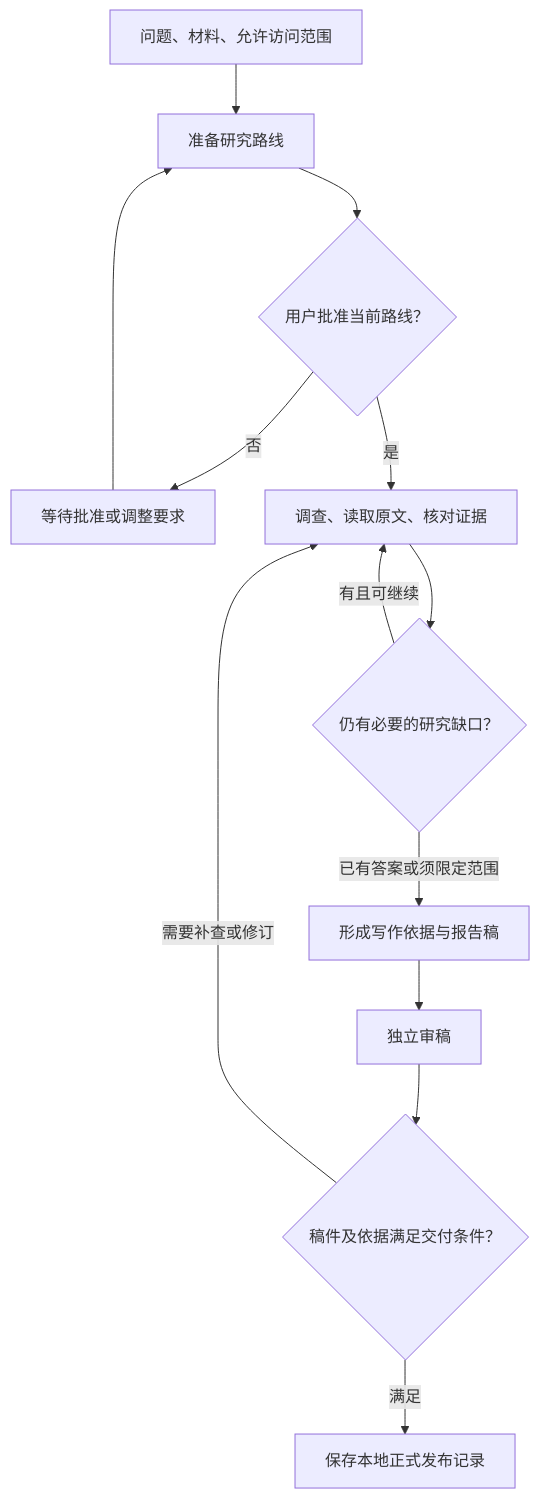
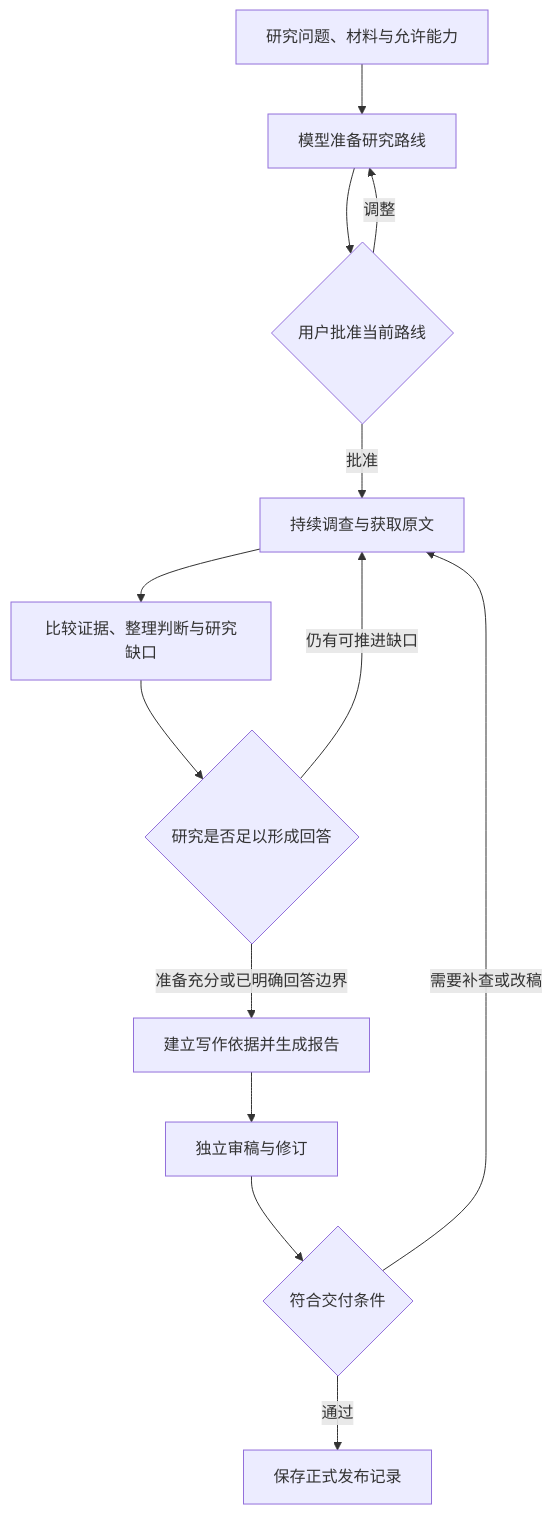
The first of 5 diagrams in docs/technical-handbook/01-overview.md (studyzhige-ui/Epivra), drawn with Mermaid before and after one commit. The commit also changed other lines of this file, not shown here.

Commit message:
docs: revise chapter 01 for architecture reasoning, interview depth and clean chapter boundaries

````diff
--- a/docs/technical-handbook/01-overview.md
+++ b/docs/technical-handbook/01-overview.md
@@ -17,15 +17,15 @@
 ```mermaid
 flowchart TD
-    A["问题、材料、允许访问范围"] --> B["准备研究路线"]
-    B --> C{"用户批准当前路线？"}
-    C -->|否| D["等待批准或调整要求"]
-    D --> B
-    C -->|是| E["调查、读取原文、核对证据"]
-    E --> F{"仍有必要的研究缺口？"}
-    F -->|有且可继续| E
-    F -->|已有答案或须限定范围| G["形成写作依据与报告稿"]
-    G --> H["独立审稿"]
-    H --> I{"稿件及依据满足交付条件？"}
-    I -->|需要补查或修订| E
-    I -->|满足| J["保存本地正式发布记录"]
+    A["研究问题、材料与允许能力"] --> B["模型准备研究路线"]
+    B --> C{"用户批准当前路线"}
+    C -->|"调整"| B
+    C -->|"批准"| D["持续调查与获取原文"]
+    D --> E["比较证据、整理判断与研究缺口"]
+    E --> F{"研究是否足以形成回答"}
+    F -->|"仍有可推进缺口"| D
+    F -->|"准备充分或已明确回答边界"| G["建立写作依据并生成报告"]
+    G --> H["独立审稿与修订"]
+    H --> I{"符合交付条件"}
+    I -->|"需要补查或改稿"| D
+    I -->|"通过"| J["保存正式发布记录"]
 ```
````
